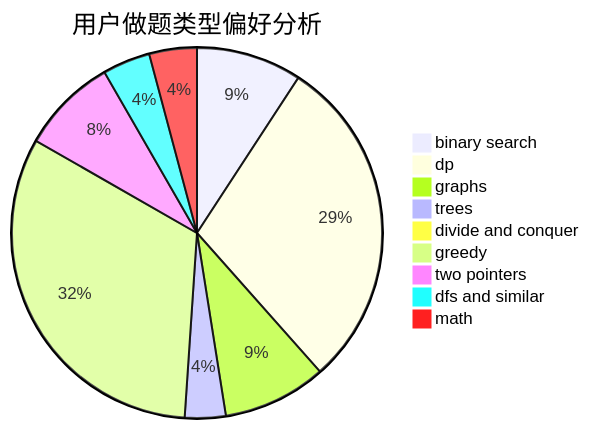
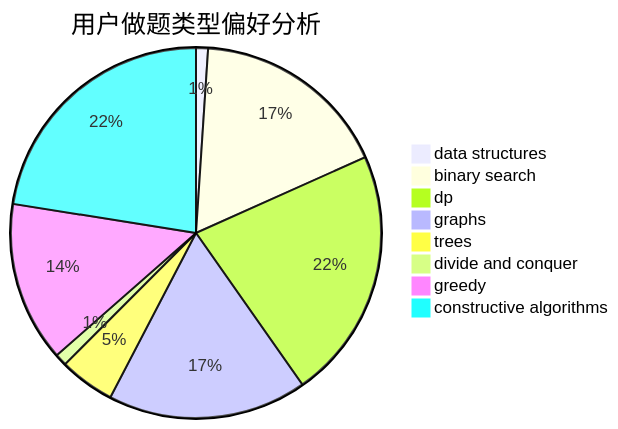
The second of 3 diagrams in docs/user/u744.md (sherpahu/cfrs.github.io), drawn with Mermaid before and after one commit. The commit also changed other lines of this file and 2775 other files, not shown here.

````diff
--- a/docs/user/u744.md
+++ b/docs/user/u744.md
@@ -23,12 +23,11 @@
 ```mermaid
 pie title 用户做题类型偏好分析
-    "binary search" :  186
-    "dp" :  591
-    "graphs" :  183
-    "trees" :  72
-    "divide and conquer" :  9
-    "greedy" :  651
-    "two pointers" :  170
-    "dfs and similar" :  84
-    "math" :  84
+    "data structures" :  8
+    "binary search" :  132
+    "dp" :  168
+    "graphs" :  133
+    "trees" :  37
+    "divide and conquer" :  8
+    "greedy" :  107
+    "constructive algorithms" :  172
 ```
````
